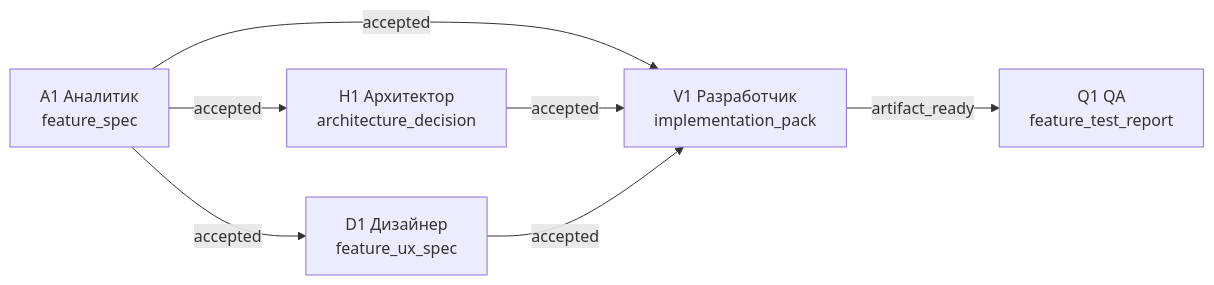
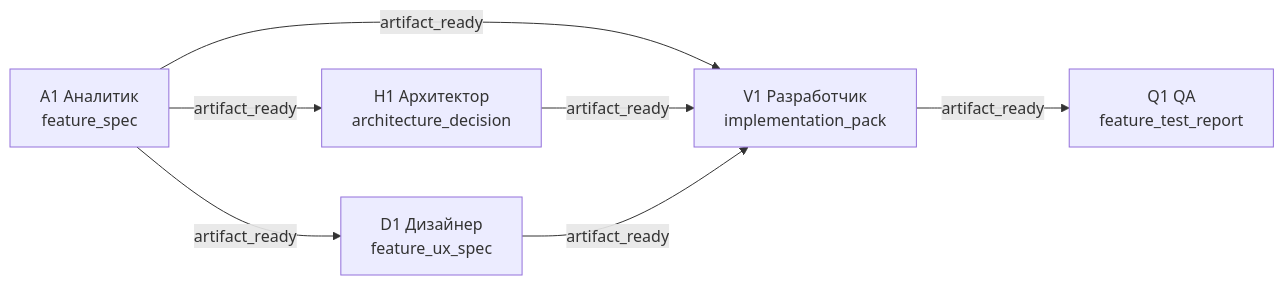
Before and after one commit to papirosa3214/TaskFlowNativeBuild: the diagram in docs/2026-09-29-collaboration-plan-templates/t03-product-feature/T03-ARTIFACT-CONTRACT-DESIGN.md, drawn with Mermaid. The commit also changed other lines of this file and 1 other file, not shown here.

First line of the commit message:
docs: T03 — owner участвует только в старте, gate-ы accepted → artifact_ready

````diff
--- a/docs/2026-09-29-collaboration-plan-templates/t03-product-feature/T03-ARTIFACT-CONTRACT-DESIGN.md
+++ b/docs/2026-09-29-collaboration-plan-templates/t03-product-feature/T03-ARTIFACT-CONTRACT-DESIGN.md
@@ -102,9 +109,9 @@
 ```mermaid
 flowchart LR
-    A["A1 Аналитик\nfeature_spec"] -->|accepted| H["H1 Архитектор\narchitecture_decision"]
-    A -->|accepted| D["D1 Дизайнер\nfeature_ux_spec"]
-    A -->|accepted| V["V1 Разработчик\nimplementation_pack"]
-    H -->|accepted| V
-    D -->|accepted| V
+    A["A1 Аналитик\nfeature_spec"] -->|artifact_ready| H["H1 Архитектор\narchitecture_decision"]
+    A -->|artifact_ready| D["D1 Дизайнер\nfeature_ux_spec"]
+    A -->|artifact_ready| V["V1 Разработчик\nimplementation_pack"]
+    H -->|artifact_ready| V
+    D -->|artifact_ready| V
     V -->|artifact_ready| Q["Q1 QA\nfeature_test_report"]
 ```
````
